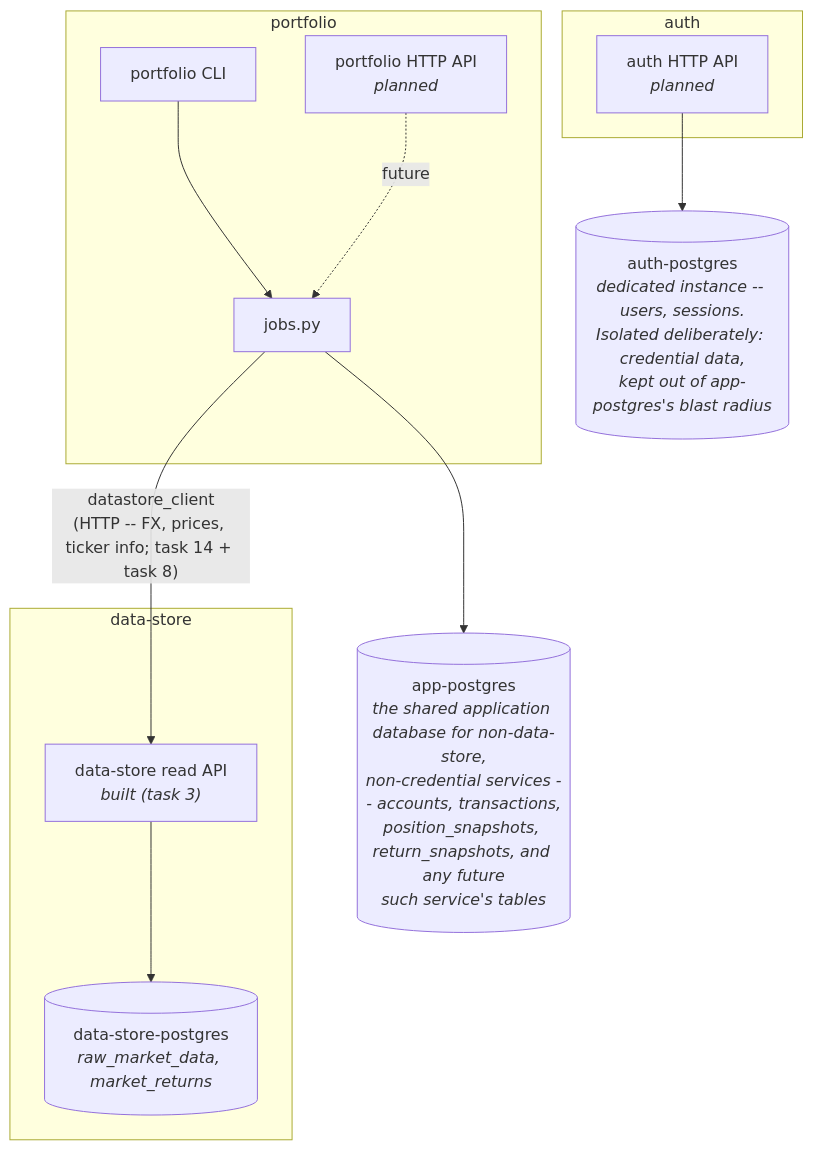
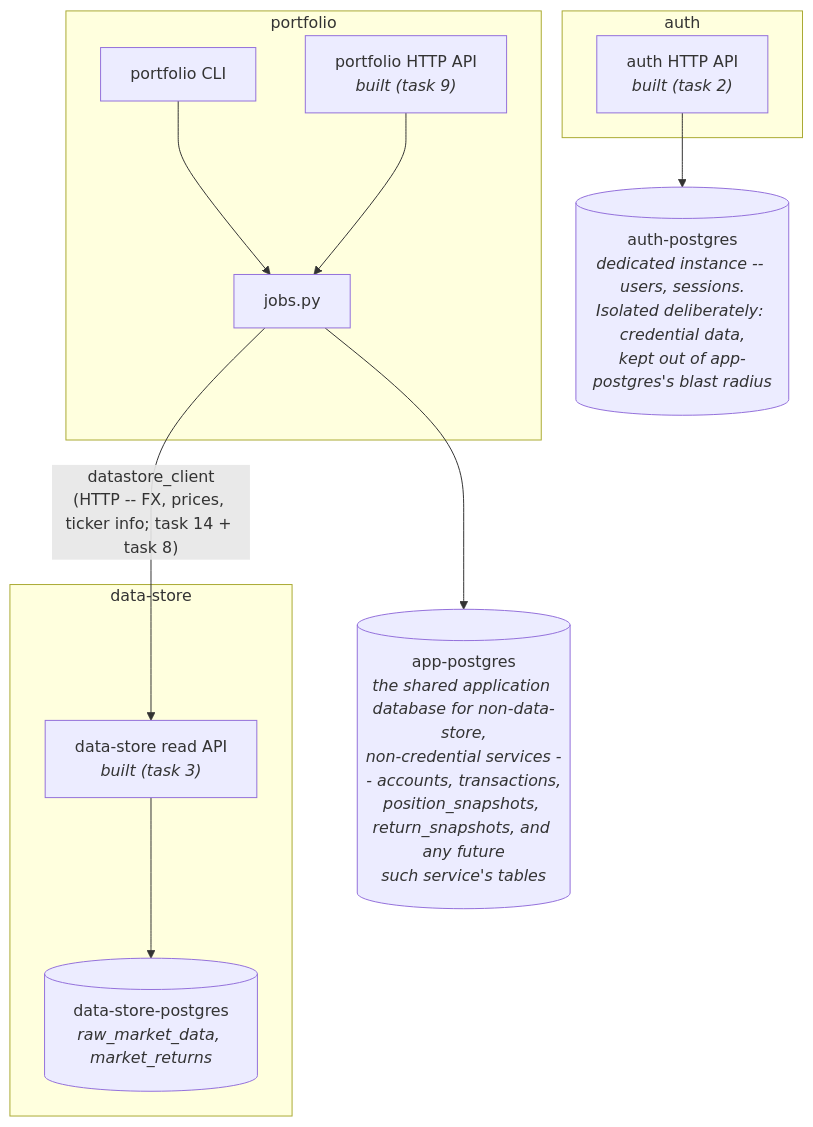
The second of 2 diagrams in services/portfolio/docs/architecture.md (jpedropereira/Stakehold), drawn with Mermaid before and after one commit. The commit also changed other lines of this file and 1 other file, not shown here.

First line of the commit message:
Document the portfolio HTTP API and mark task 9 done

````diff
--- a/services/portfolio/docs/architecture.md
+++ b/services/portfolio/docs/architecture.md
@@ -740,28 +820,28 @@
 ```mermaid
 flowchart TB
     subgraph pf["portfolio"]
         PCLI["portfolio CLI"]
-        PAPI["portfolio HTTP API<br/><i>planned</i>"]
+        PAPI["portfolio HTTP API<br/><i>built (task 9)</i>"]
         PJOBS["jobs.py"]
     end
 
     APPDB[("app-postgres<br/><i>the shared application database for non-data-store,<br/>non-credential services -- accounts, transactions,<br/>position_snapshots, return_snapshots, and any future<br/>such service's tables</i>")]
 
     subgraph ds["data-store"]
         DSAPI["data-store read API<br/><i>built (task 3)</i>"]
         DSDB[("data-store-postgres<br/><i>raw_market_data, market_returns</i>")]
     end
 
     subgraph au["auth"]
-        AUAPI["auth HTTP API<br/><i>planned</i>"]
+        AUAPI["auth HTTP API<br/><i>built (task 2)</i>"]
     end
 
     AUDB[("auth-postgres<br/><i>dedicated instance -- users, sessions.<br/>Isolated deliberately: credential data,<br/>kept out of app-postgres's blast radius</i>")]
 
     PCLI --> PJOBS
-    PAPI -.future.-> PJOBS
+    PAPI --> PJOBS
     PJOBS --> APPDB
     PJOBS -->|"datastore_client<br/>(HTTP -- FX, prices, ticker info; task 14 + task 8)"| DSAPI
     DSAPI --> DSDB
     AUAPI --> AUDB
 ```
````
